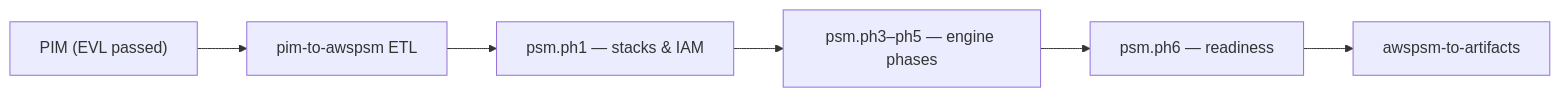
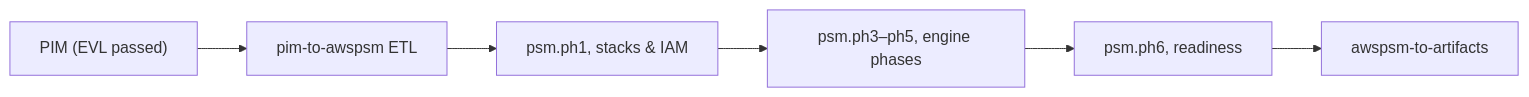
Before and after one commit to mehdieidi/modriss: the second of 2 diagrams in docs/diagrams/26-psm-methodology.md, drawn with Mermaid. The commit also changed other lines of this file and 123 other files, not shown here.

````diff
--- a/docs/diagrams/26-psm-methodology.md
+++ b/docs/diagrams/26-psm-methodology.md
@@ -26,11 +26,11 @@
 ```mermaid
 flowchart LR
     PIM["PIM (EVL passed)"]
     ETL["pim-to-awspsm ETL"]
-    PH1["psm.ph1 — stacks & IAM"]
-    PH3["psm.ph3–ph5 — engine phases"]
-    PH6["psm.ph6 — readiness"]
+    PH1["psm.ph1, stacks & IAM"]
+    PH3["psm.ph3–ph5, engine phases"]
+    PH6["psm.ph6, readiness"]
     M2T["awspsm-to-artifacts"]
 
     PIM --> ETL --> PH1 --> PH3 --> PH6 --> M2T
 ```
````
